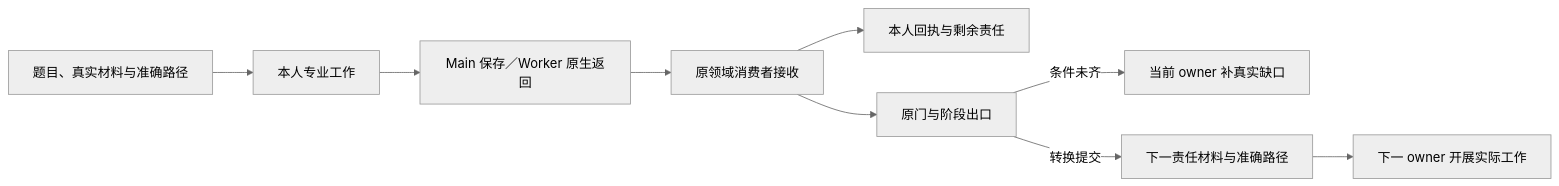
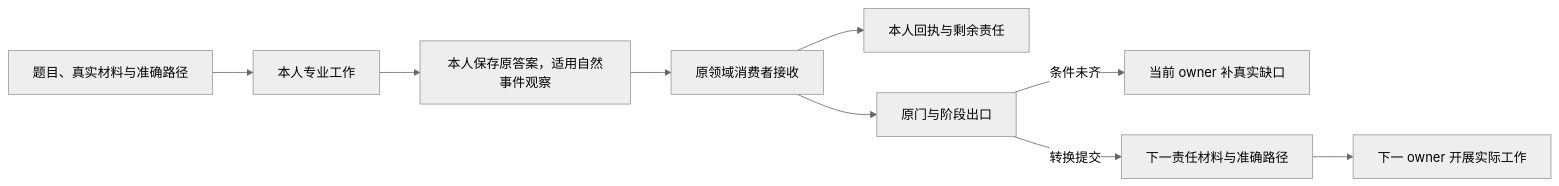
The diagram in blueprint/l4-mechanisms/L4-stage-form.md (entroforge/go-system-builder), drawn with Mermaid (neutral theme) before and after one commit. The commit also changed other lines of this file and 1694 other files, not shown here.

````diff
--- a/blueprint/l4-mechanisms/L4-stage-form.md
+++ b/blueprint/l4-mechanisms/L4-stage-form.md
@@ -215,11 +218,11 @@
 ```mermaid
 flowchart LR
     INPUT["题目、真实材料与准确路径"] --> WORK["本人专业工作"]
-    WORK --> RETURN["Main 保存／Worker 原生返回"]
+    WORK --> RETURN["本人保存原答案，适用自然事件观察"]
     RETURN --> CONSUMER["原领域消费者接收"]
     CONSUMER --> PERSON["本人回执与剩余责任"]
     CONSUMER --> EXIT["原门与阶段出口"]
     EXIT -->|"条件未齐"| REMAIN["当前 owner 补真实缺口"]
     EXIT -->|"转换提交"| NEXT["下一责任材料与准确路径"]
     NEXT --> NEXTWORK["下一 owner 开展实际工作"]
 ```
````
